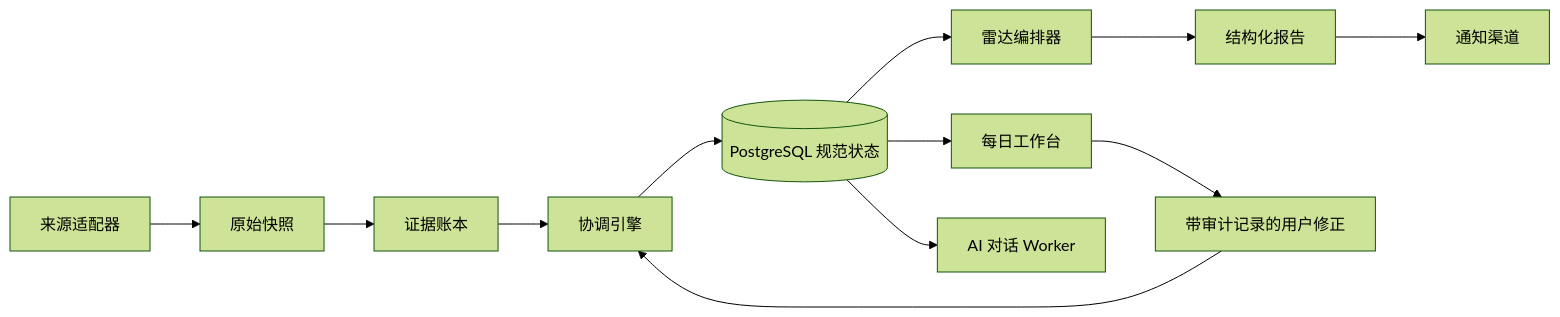
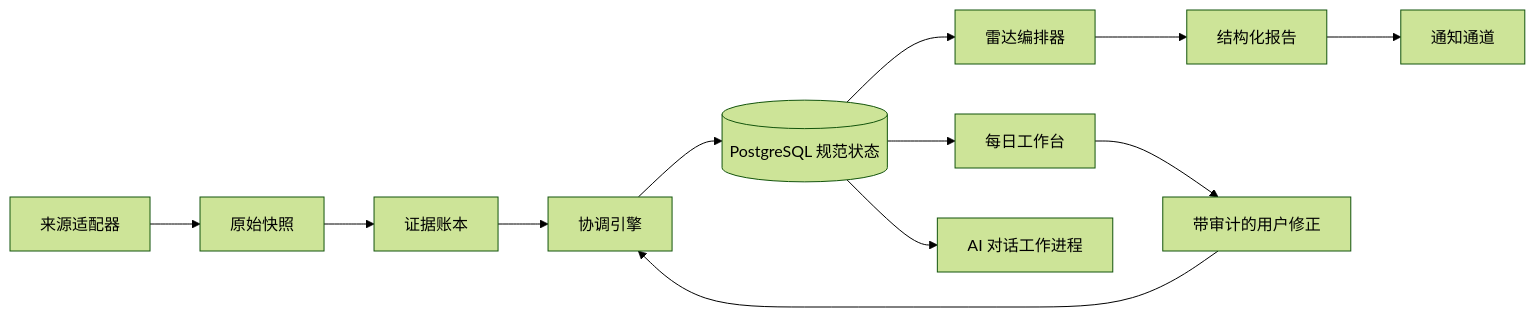
One commit to Zeeekrom/lifeops-atlas-showcase changed the second of 2 diagrams in README.zh-CN.md. Above: the diagram before and after it, drawn with Mermaid (forest theme). The commit also changed other lines of this file and 5 other files, not shown here.

````diff
--- a/README.zh-CN.md
+++ b/README.zh-CN.md
@@ -53,14 +173,14 @@
 ```mermaid
 flowchart LR
     A[来源适配器] --> B[原始快照]
     B --> C[证据账本]
     C --> D[协调引擎]
     D --> E[(PostgreSQL 规范状态)]
     E --> F[每日工作台]
     E --> G[雷达编排器]
-    E --> H[AI 对话 Worker]
+    E --> H[AI 对话工作进程]
     G --> I[结构化报告]
-    I --> J[通知渠道]
-    F --> K[带审计记录的用户修正]
+    I --> J[通知通道]
+    F --> K[带审计的用户修正]
     K --> D
 ```
````
